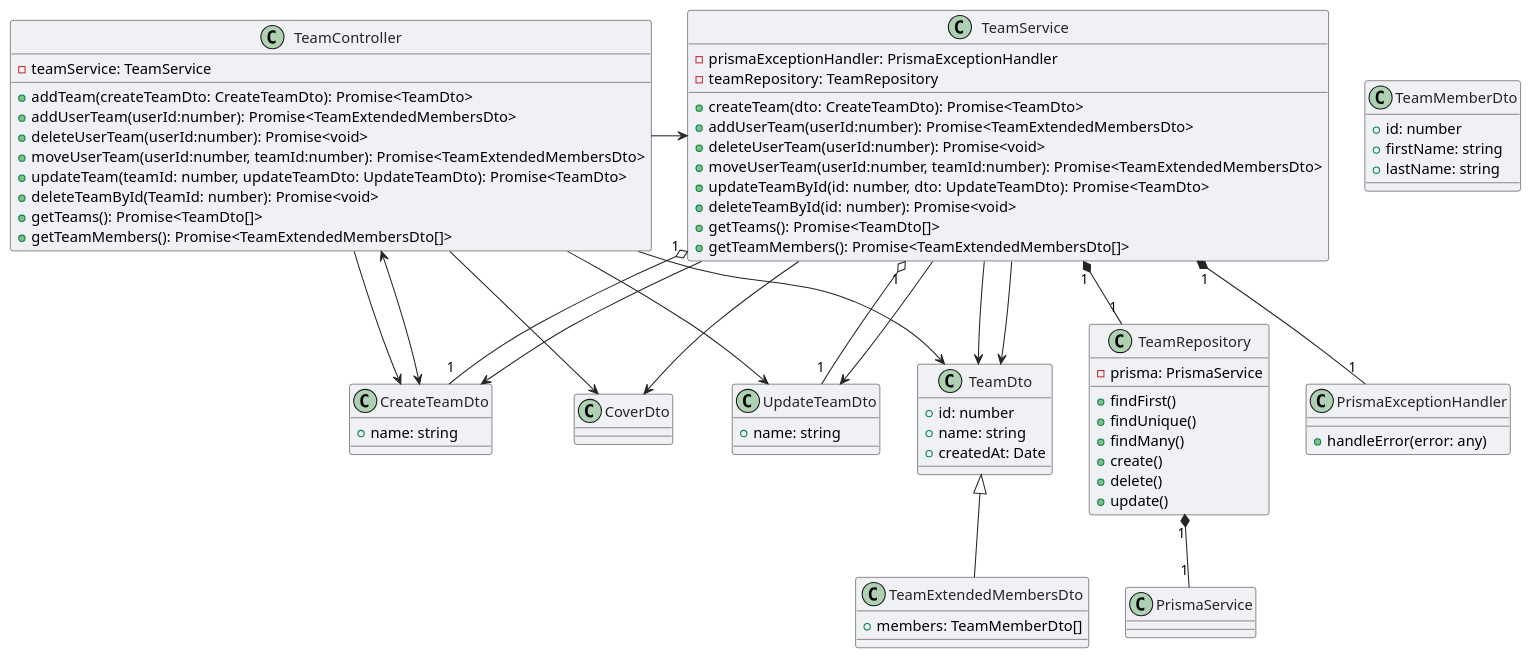
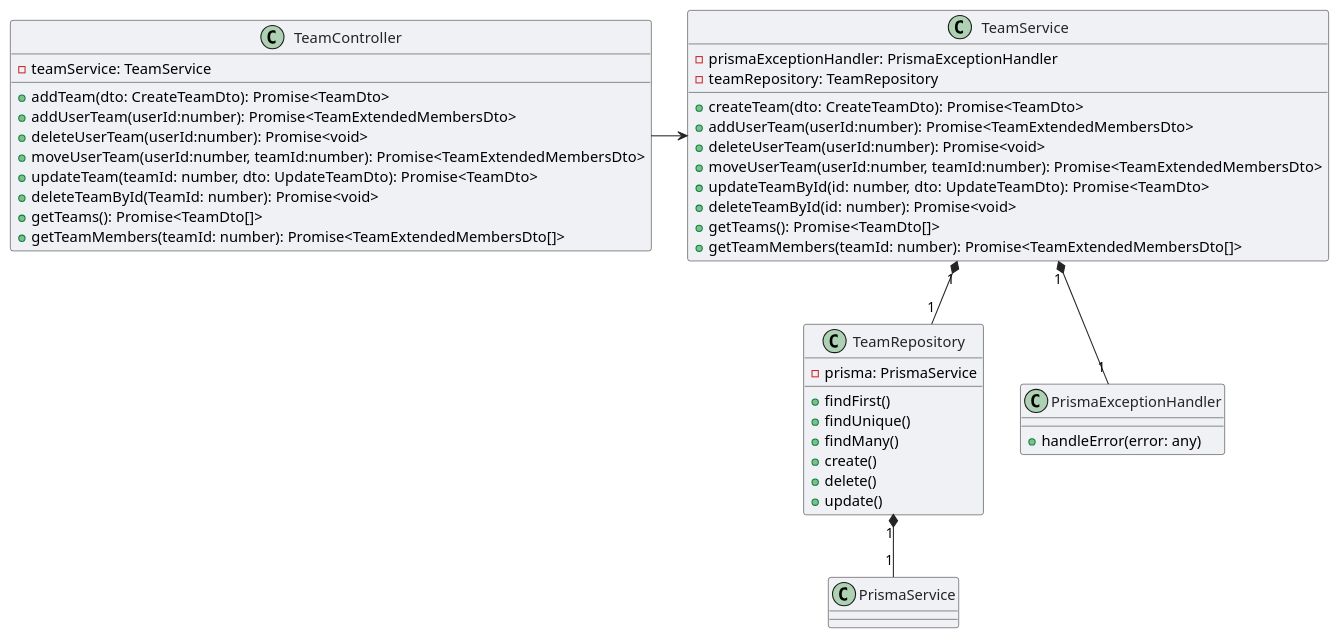
Before and after one commit to drDeepl/data-mining-lab-api-nest: the diagram in docs/diagrams/wsd/team.wsd, drawn with PlantUML. The commit also changed 14 other files, not shown here.

Commit message:
updated diagrams

```diff
--- a/docs/diagrams/wsd/team.wsd
+++ b/docs/diagrams/wsd/team.wsd
@@ -1,93 +1,57 @@
 @startuml team_module
 
 skinparam ArrowColor #252525
 skinparam ClassBackgroundColor #F0F1F5
 skinparam ClassBorderColor #252525
 skinparam ClassFontColor #252525
-
-
-class CreateTeamDto {
-  + name: string
-}
-class UpdateTeamDto {
-  + name: string
-}
-
-class TeamDto {
-  + id: number
-  + name: string
-  + createdAt: Date
-}
-
-class TeamExtendedMembersDto extends TeamDto{
-    + members: TeamMemberDto[]
-}
-
-class TeamMemberDto{
-    + id: number
-    + firstName: string
-    + lastName: string
-}
-
 
 
 class TeamRepository {
   - prisma: PrismaService
   + findFirst()
   + findUnique()
   + findMany()
   + create()
   + delete()
   + update()
 }
 
+
+class TeamController {
+  - teamService: TeamService
+  + addTeam(dto: CreateTeamDto): Promise<TeamDto>
+  + addUserTeam(userId:number): Promise<TeamExtendedMembersDto>
+  + deleteUserTeam(userId:number): Promise<void>
+  + moveUserTeam(userId:number, teamId:number): Promise<TeamExtendedMembersDto>
+  + updateTeam(teamId: number, dto: UpdateTeamDto): Promise<TeamDto>
+  + deleteTeamById(TeamId: number): Promise<void>
+  + getTeams(): Promise<TeamDto[]>
+  + getTeamMembers(teamId: number): Promise<TeamExtendedMembersDto[]>
+}
+
 class TeamService {
   - prismaExceptionHandler: PrismaExceptionHandler
   - teamRepository: TeamRepository
   + createTeam(dto: CreateTeamDto): Promise<TeamDto>
   + addUserTeam(userId:number): Promise<TeamExtendedMembersDto>
   + deleteUserTeam(userId:number): Promise<void>
   + moveUserTeam(userId:number, teamId:number): Promise<TeamExtendedMembersDto>
   + updateTeamById(id: number, dto: UpdateTeamDto): Promise<TeamDto>
   + deleteTeamById(id: number): Promise<void>
   + getTeams(): Promise<TeamDto[]>
-  + getTeamMembers(): Promise<TeamExtendedMembersDto[]>
+  + getTeamMembers(teamId: number): Promise<TeamExtendedMembersDto[]>
 }
 
 
 class PrismaExceptionHandler {
   + handleError(error: any)
 }
 
-class TeamController {
-  - teamService: TeamService
-  + addTeam(createTeamDto: CreateTeamDto): Promise<TeamDto>
-  + addUserTeam(userId:number): Promise<TeamExtendedMembersDto>
-  + deleteUserTeam(userId:number): Promise<void>
-  + moveUserTeam(userId:number, teamId:number): Promise<TeamExtendedMembersDto>
-  + updateTeam(teamId: number, updateTeamDto: UpdateTeamDto): Promise<TeamDto>
-  + deleteTeamById(TeamId: number): Promise<void>
-  + getTeams(): Promise<TeamDto[]>
-  + getTeamMembers(): Promise<TeamExtendedMembersDto[]>
-}
-
 TeamController -> TeamService
-TeamController --> CreateTeamDto
-TeamController --> UpdateTeamDto
-TeamController --> TeamDto
-TeamController --> CoverDto
-CreateTeamDto <--> TeamController
 TeamService "1" *-- "1" TeamRepository
 TeamService "1" *-- "1" PrismaExceptionHandler
-TeamService "1" o-- "1" CreateTeamDto
-TeamService "1" o-- "1" UpdateTeamDto
-TeamService --> TeamDto
-TeamService --> CreateTeamDto
-TeamService --> UpdateTeamDto
-TeamService --> TeamDto
-TeamService --> CoverDto
 TeamRepository "1" *-- "1" PrismaService
 
 
 
 @enduml
```
